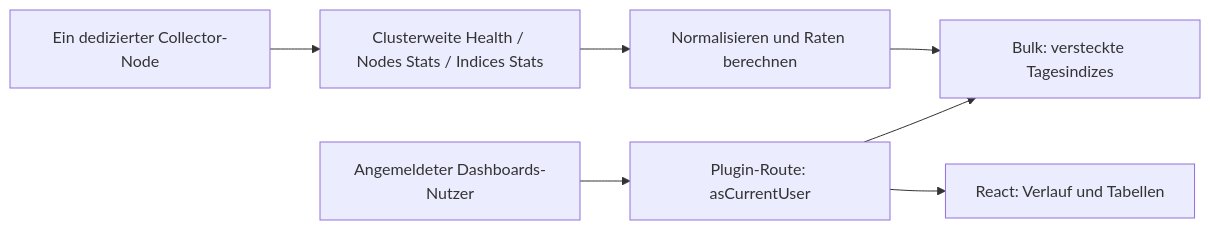
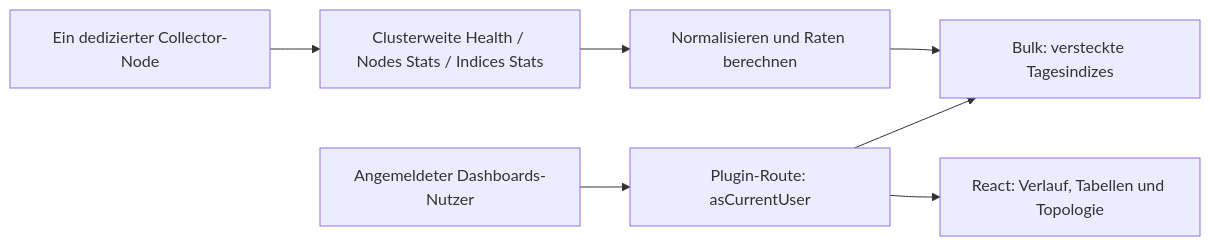
The diagram in docs/ARCHITECTURE.md (DavidAllendorf/opensearch-self-monitoring), drawn with Mermaid before and after one commit. The commit also changed 23 other files, not shown here.

Commit message:
Add automatic stack topology with declared Logstash data flows

````diff
--- a/docs/ARCHITECTURE.md
+++ b/docs/ARCHITECTURE.md
@@ -3,9 +3,9 @@
 ```mermaid
 flowchart LR
   A[Ein dedizierter Collector-Node] --> B[Clusterweite Health / Nodes Stats / Indices Stats]
   B --> C[Normalisieren und Raten berechnen]
   C --> D[Bulk: versteckte Tagesindizes]
   E[Angemeldeter Dashboards-Nutzer] --> F[Plugin-Route: asCurrentUser]
   F --> D
-  F --> G[React: Verlauf und Tabellen]
+  F --> G[React: Verlauf, Tabellen und Topologie]
 ```
````
